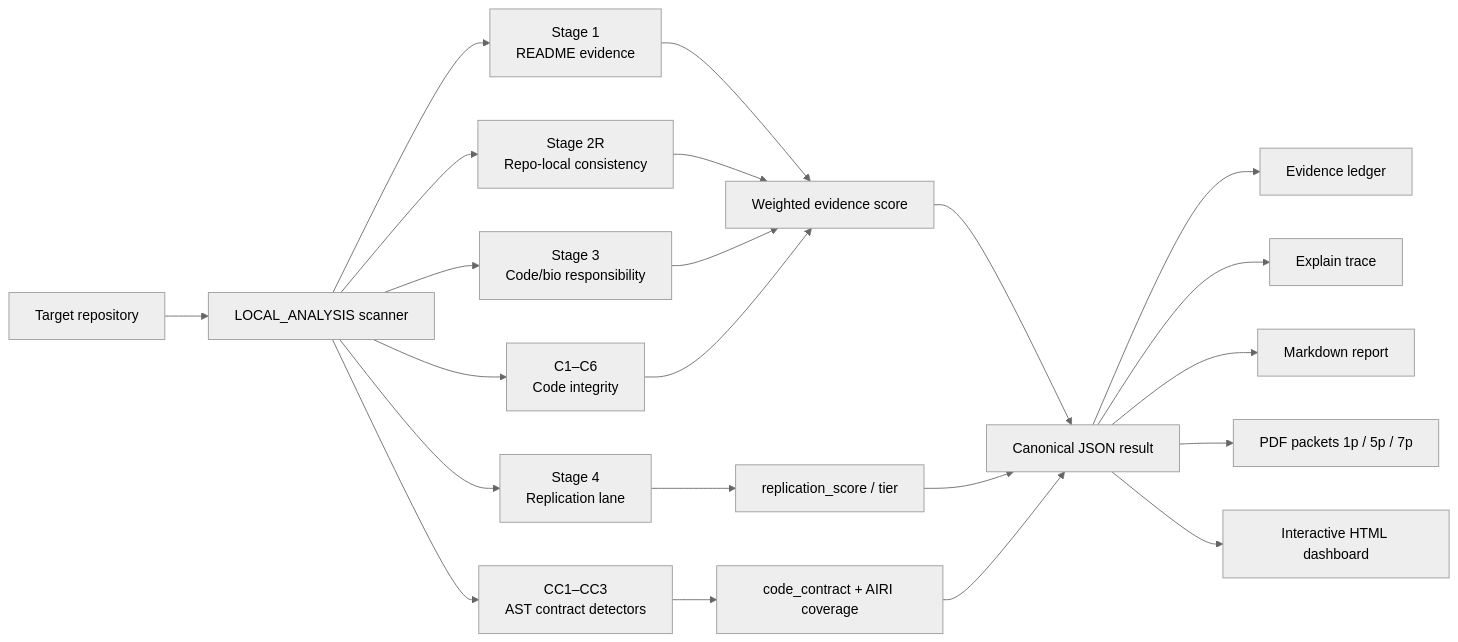
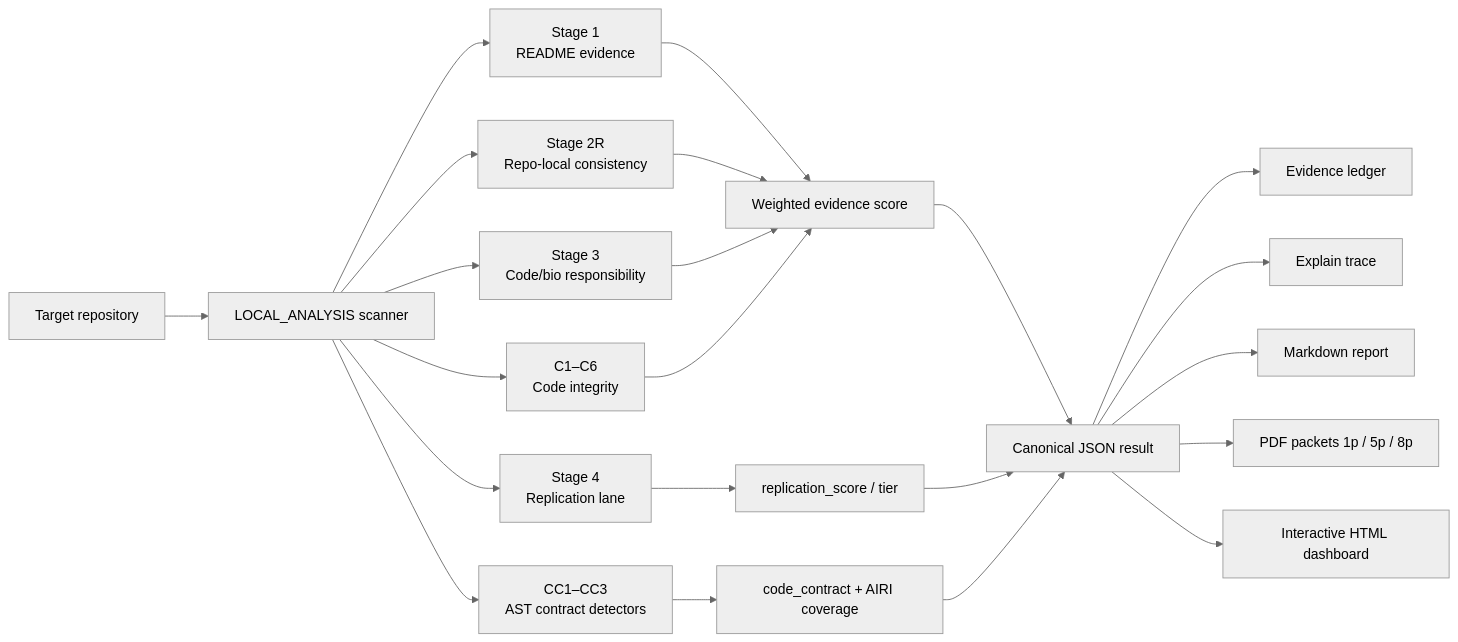
Before and after one commit to flamehaven01/STEM-BIO-AI: the diagram in README.md, drawn with Mermaid (neutral theme). The commit also changed other lines of this file and 39 other files, not shown here.

````diff
--- a/README.md
+++ b/README.md
@@ -182,24 +182,24 @@
 ```mermaid
 flowchart LR
     A[Target repository] --> B[LOCAL_ANALYSIS scanner]
     B --> C[Stage 1\nREADME evidence]
     B --> D[Stage 2R\nRepo-local consistency]
     B --> E[Stage 3\nCode/bio responsibility]
     B --> F[Stage 4\nReplication lane]
     B --> K[C1–C6\nCode integrity]
     B --> CC[CC1–CC3\nAST contract detectors]
     C --> G[Weighted evidence score]
     D --> G
     E --> G
     K --> G
     CC --> R[code_contract + AIRI coverage]
     F --> H[replication_score / tier]
     G --> I[Canonical JSON result]
     H --> I
     R --> I
     I --> L[Evidence ledger]
     I --> M[Explain trace]
     I --> N[Markdown report]
-    I --> O[PDF packets 1p / 5p / 7p]
+    I --> O[PDF packets 1p / 5p / 8p]
     I --> P[Interactive HTML dashboard]
 ```
````
